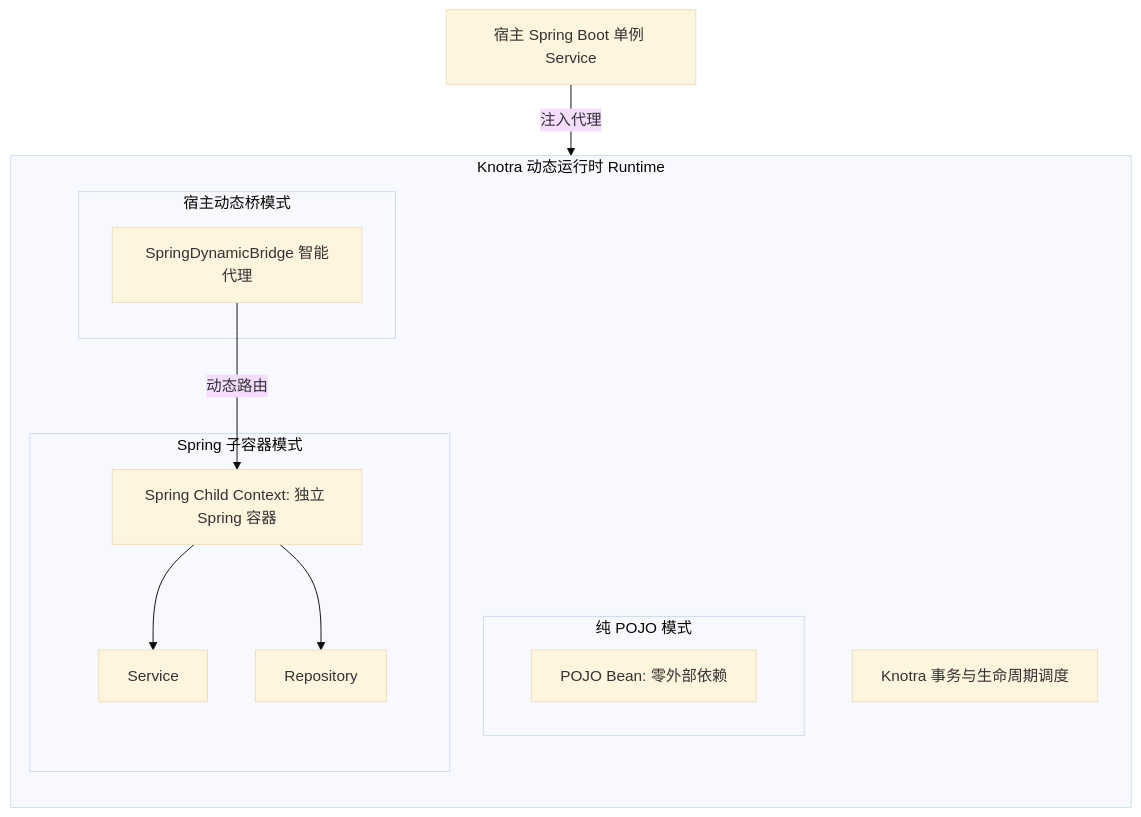
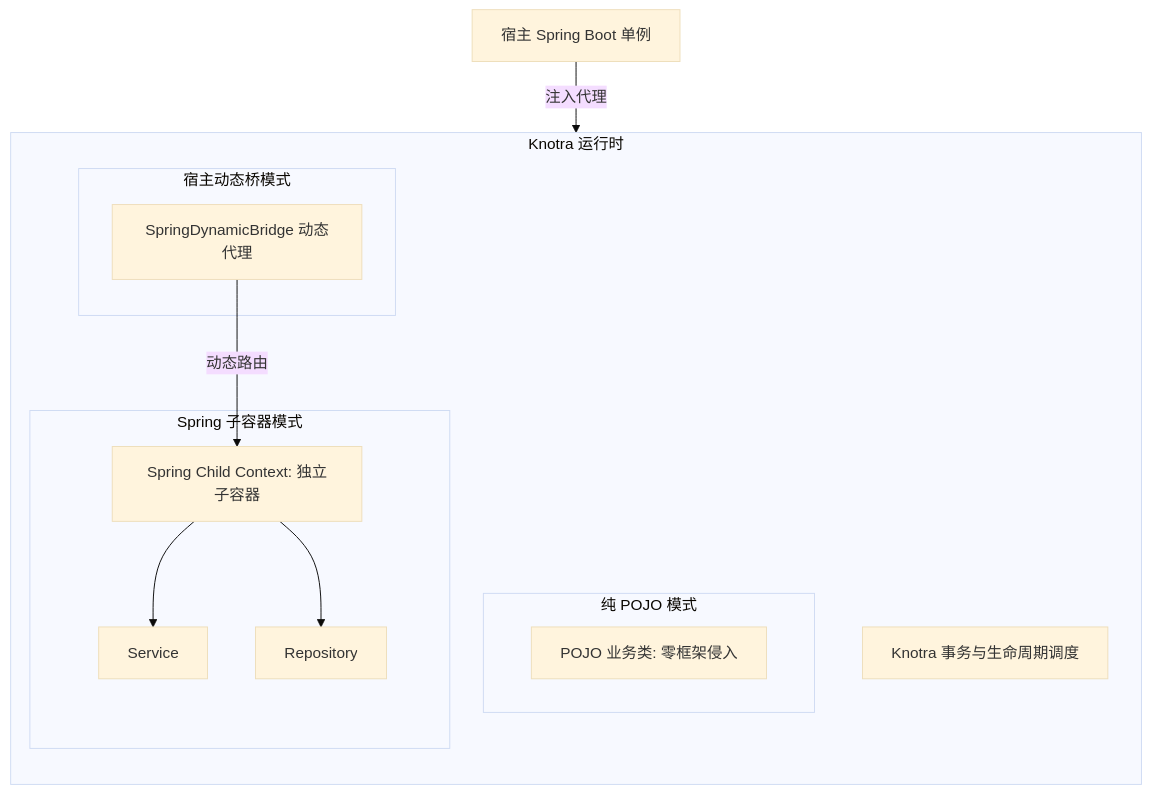
The first of 4 diagrams in docs/Knotra Beans 与 Spring 集成指南.md (fjay/knotra), drawn with Mermaid (base theme) before and after one commit. The commit also changed other lines of this file and 7 other files, not shown here.

````diff
--- a/docs/Knotra Beans 与 Spring 集成指南.md
+++ b/docs/Knotra Beans 与 Spring 集成指南.md
@@ -22,24 +16,24 @@
 ```mermaid
 graph TB
-    subgraph knotra_runtime ["Knotra 动态运行时 Runtime"]
+    subgraph knotra_runtime ["Knotra 运行时"]
         direction TB
         K["Knotra 事务与生命周期调度"]
 
         subgraph mode_pojo ["纯 POJO 模式"]
-            P["POJO Bean: 零外部依赖"]
+            P["POJO 业务类: 零框架侵入"]
         end
 
         subgraph mode_spring ["Spring 子容器模式"]
-            SC["Spring Child Context: 独立 Spring 容器"]
+            SC["Spring Child Context: 独立子容器"]
             SC --> B1["Service"]
             SC --> B2["Repository"]
         end
 
         subgraph mode_bridge ["宿主动态桥模式"]
-            SDB["SpringDynamicBridge 智能代理"]
+            SDB["SpringDynamicBridge 动态代理"]
         end
     end
 
-    HostSpring["宿主 Spring Boot 单例 Service"] -->|注入代理| SDB
+    HostSpring["宿主 Spring Boot 单例"] -->|注入代理| SDB
     SDB -->|动态路由| SC
 ```
````
